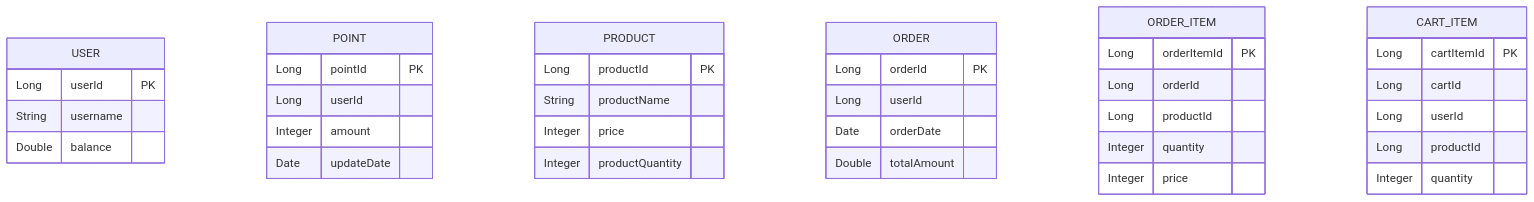
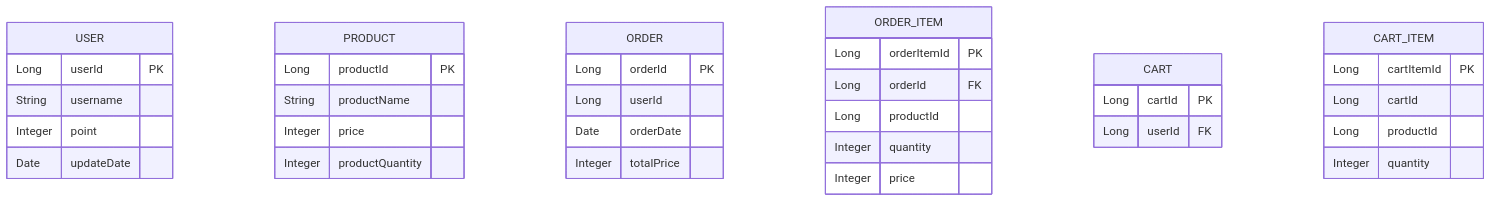
Before and after one commit to buj6842/eCommerce: the second of 2 diagrams in README.md, drawn with Mermaid. The commit also changed other lines of this file and 35 other files, not shown here.

````diff
--- a/README.md
+++ b/README.md
@@ -99,45 +45,43 @@
 ```mermaid
 erDiagram
     USER { 
         Long userId PK
         String username
-        Double balance
-    }
-
-    POINT {
-        Long pointId PK
-        Long userId
-        Integer amount
+        Integer point
         Date updateDate
     }
 
     PRODUCT {
         Long productId PK
         String productName
         Integer price
         Integer productQuantity
     }
 
     ORDER {
         Long orderId PK
         Long userId
         Date orderDate
-        Double totalAmount
+        Integer totalPrice
     }
 
     ORDER_ITEM {
         Long orderItemId PK
-        Long orderId
+        Long orderId FK
         Long productId
         Integer quantity
         Integer price
+    }
+    
+    CART {
+        Long cartId PK
+        Long userId FK
     }
 
     CART_ITEM {
         Long cartItemId PK
         Long cartId
-        Long userId
         Long productId
         Integer quantity
     }
 ```
````
